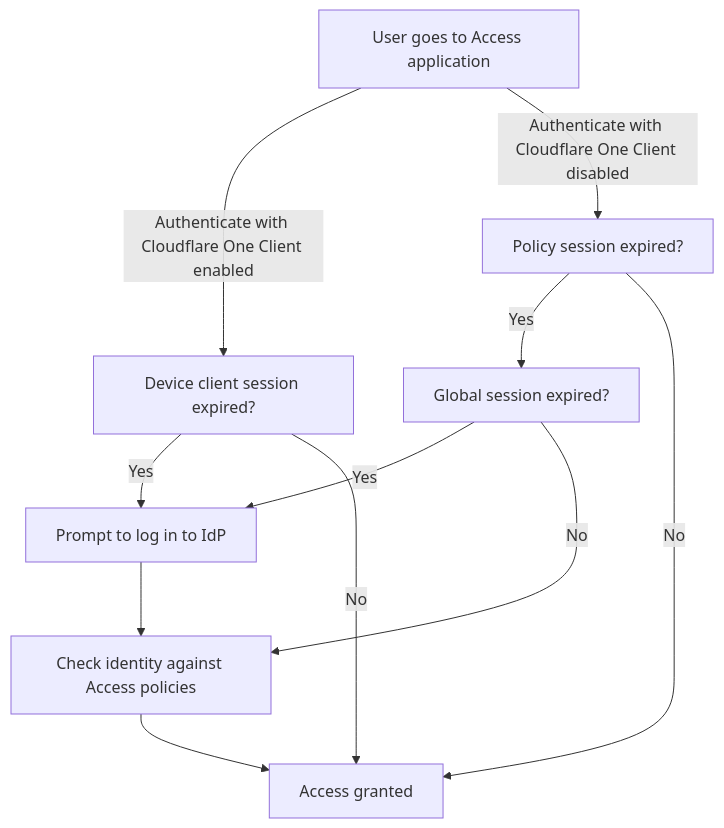
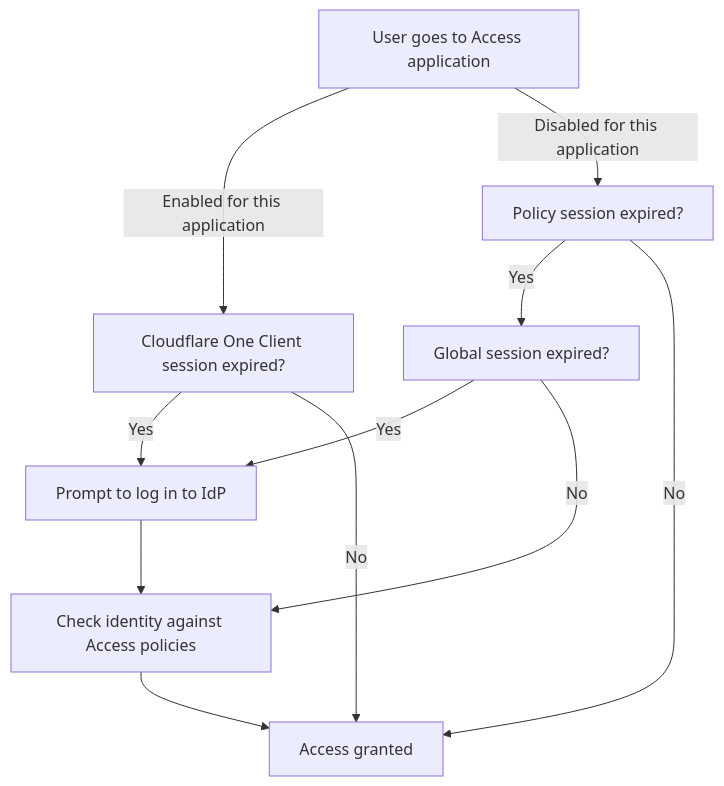
The diagram in vault/packages/cloudflare/latest/contents/cloudflare-one/access-controls/access-settings/session-management.mdx (olorehq/olore), drawn with Mermaid before and after one commit. The commit also changed other lines of this file and 26351 other files, not shown here.

````diff
--- a/vault/packages/cloudflare/latest/contents/cloudflare-one/access-controls/access-settings/session-management.mdx
+++ b/vault/packages/cloudflare/latest/contents/cloudflare-one/access-controls/access-settings/session-management.mdx
@@ -109,24 +134,24 @@
 ```mermaid
 flowchart TB
     %% Accessibility
     accTitle: Access session durations
     accDescr: Flowchart describing the order of enforcement for Access sessions
 
     %% In with user traffic
     start["User goes to Access application"]
-    start--"Authenticate with Cloudflare One Client enabled" -->warpsession[Device client session expired?]
-    start-- "Authenticate with Cloudflare One Client disabled" --> policysession[Policy session expired?]
+    start--"Enabled for this application" -->warpsession[Cloudflare One Client session expired?]
+    start-- "Disabled for this application" --> policysession[Policy session expired?]
 
 		warpsession--"Yes"-->idp[Prompt to log in to IdP]
 		warpsession--"No"-->accessgranted[Access granted]
 
 		policysession--"Yes"-->globalsession[Global session expired?]
 		policysession--"No"-->accessgranted
 
 		globalsession--"Yes"-->idp
 		globalsession--"No"-->refreshtoken[Check identity against Access policies]
 		refreshtoken-->accessgranted
 		idp-->refreshtoken
 
 
 ```
````
